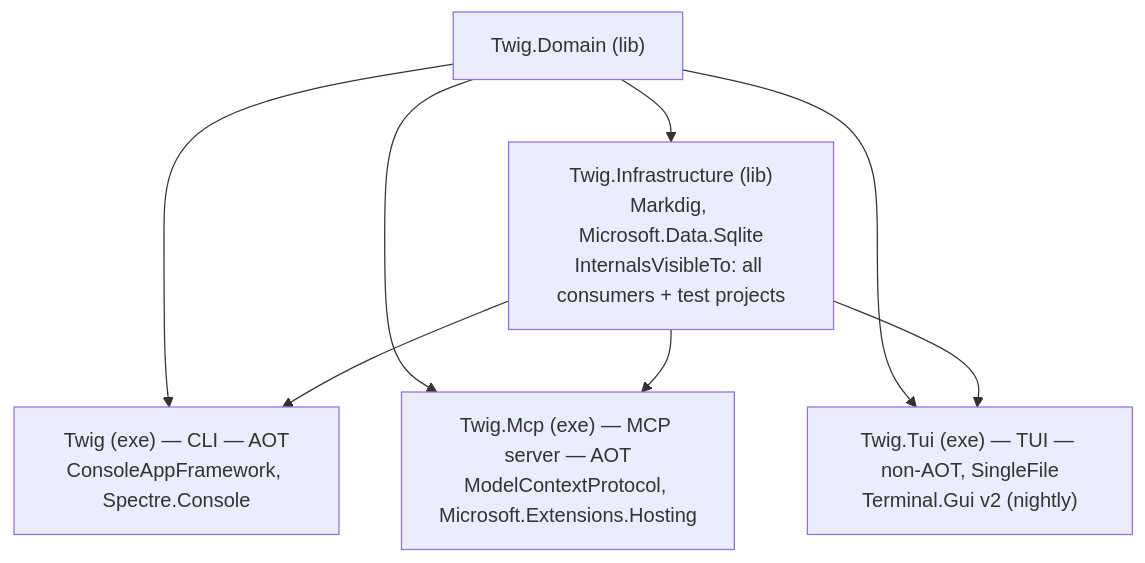
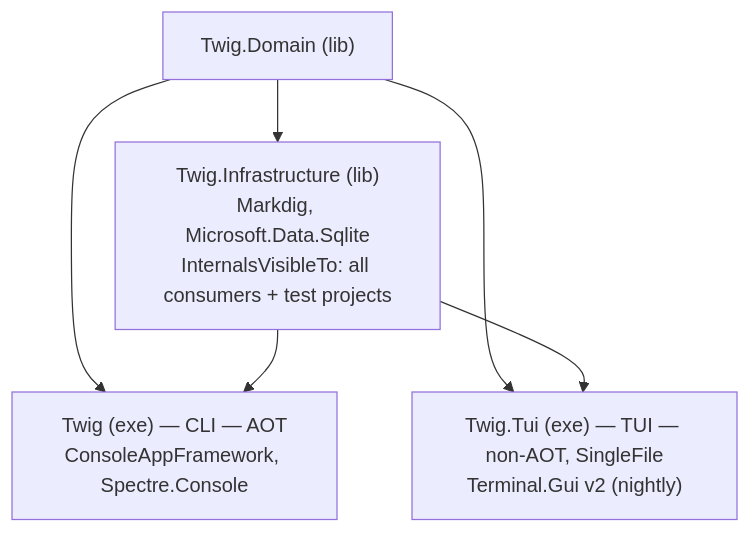
Before and after one commit to PolyphonyRequiem/twig: the diagram in docs/architecture/build-and-release.md, drawn with Mermaid. The commit also changed other lines of this file and 13 other files, not shown here.

````diff
--- a/docs/architecture/build-and-release.md
+++ b/docs/architecture/build-and-release.md
@@ -162,10 +161,8 @@
 ```mermaid
 graph TD
     Domain["Twig.Domain (lib)"] --> Infra["Twig.Infrastructure (lib)<br/>Markdig, Microsoft.Data.Sqlite<br/>InternalsVisibleTo: all consumers + test projects"]
     Domain --> CLI["Twig (exe) — CLI — AOT<br/>ConsoleAppFramework, Spectre.Console"]
-    Domain --> McpExe["Twig.Mcp (exe) — MCP server — AOT<br/>ModelContextProtocol, Microsoft.Extensions.Hosting"]
     Domain --> Tui["Twig.Tui (exe) — TUI — non-AOT, SingleFile<br/>Terminal.Gui v2 (nightly)"]
     Infra --> CLI
-    Infra --> McpExe
     Infra --> Tui
 ```
````
